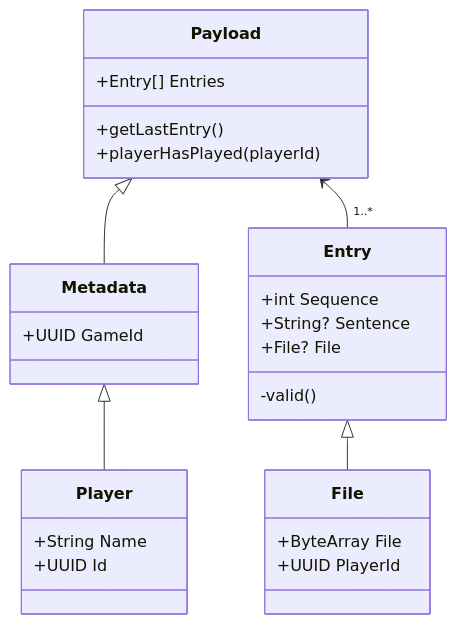
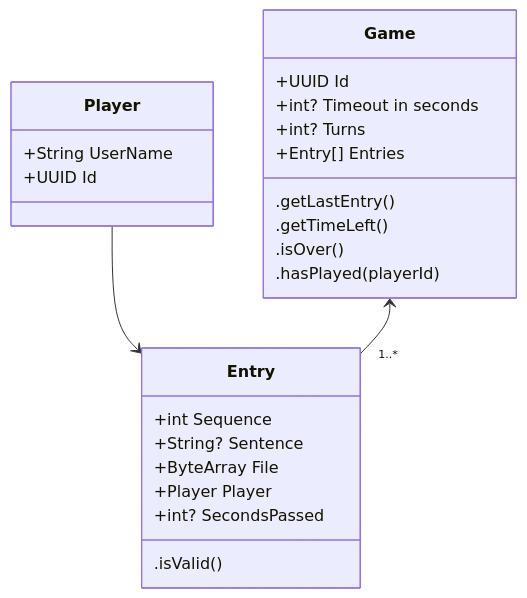
The first of 2 diagrams in README.md (JamesOsborn-SE/eat-poop-you-cat-android), drawn with Mermaid before and after one commit. The commit also changed other lines of this file, not shown here.

Commit message:
cleanup and what not

````diff
--- a/README.md
+++ b/README.md
@@ -37,27 +43,30 @@
 ```mermaid
 classDiagram
-    Payload <|-- Metadata
-    Payload <-- "1..*" Entry
-    Entry <|-- File
-    Metadata <|-- Player
-    Metadata : +UUID GameId
-    class Payload {
+    Player --> Entry
+    Game <-- "1..*" Entry
+    
+    class Game {
+        +UUID Id
+        +int? Timeout in seconds
+        +int? Turns
         +Entry[] Entries
-        +getLastEntry()
-        +playerHasPlayed(playerId)
+        .getLastEntry()
+        .getTimeLeft()
+        .isOver()
+        .hasPlayed(playerId)
     }
+    
     class Player{
-        +String Name
+        +String UserName
         +UUID Id
     }
-    class File{  
-        +ByteArray File
-        +UUID PlayerId
-    }
+    
     class Entry{
         +int Sequence
         +String? Sentence
-        +File? File
-        -valid()
+        +ByteArray File
+        +Player Player
+        +int? SecondsPassed
+        .isValid()
     }
 ```
````
